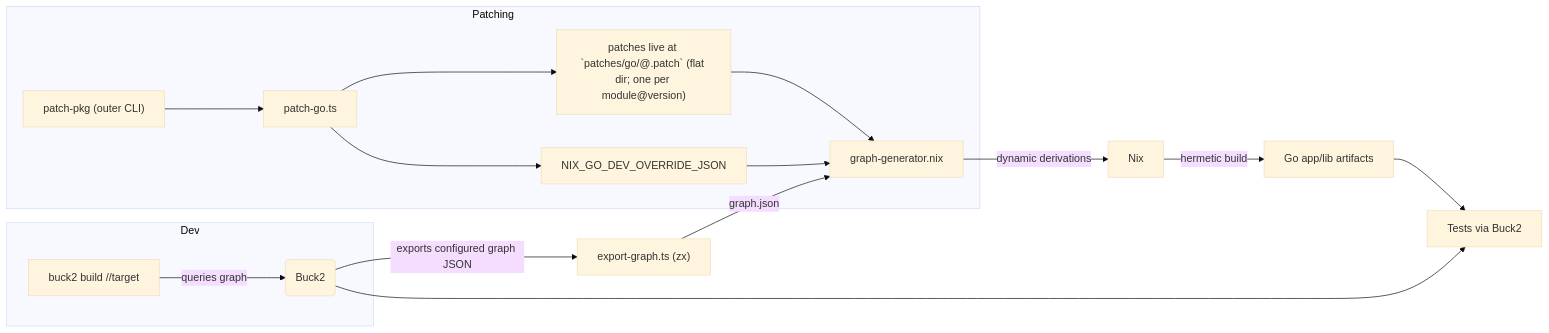
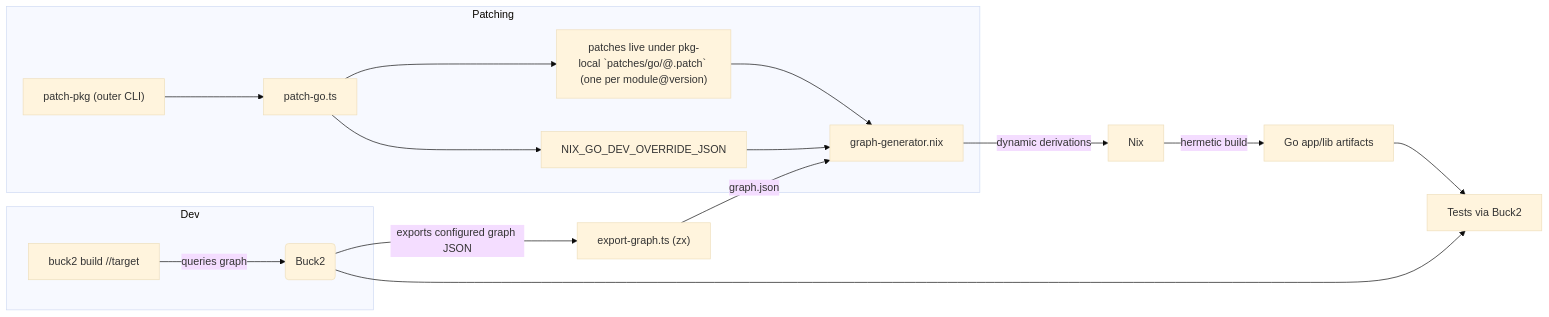
One commit to viberoots/viberoots changed the first of 2 diagrams in build-system-design.md. Above: the diagram before and after it, drawn with Mermaid (base theme). The commit also changed other lines of this file and 9 other files, not shown here.

````diff
--- a/build-system-design.md
+++ b/build-system-design.md
@@ -87,22 +88,22 @@
 ```mermaid
 graph LR
   subgraph Dev
     A["buck2 build //target"] -->|queries graph| B(Buck2)
   end
 
   B -->|exports configured graph JSON| C["export-graph.ts (zx)"]
   C -->|graph.json| D["graph-generator.nix"]
   D -->|dynamic derivations| E[Nix]
   E -->|hermetic build| F["Go app/lib artifacts"]
 
   subgraph Patching
     G["patch-pkg (outer CLI)"] --> H["patch-go.ts"]
-    H --> I["patches live at `patches/go/<importPath encoded>@<version>.patch` (flat dir; one per module@version)"]
+    H --> I["patches live under pkg-local `patches/go/<importPath encoded>@<version>.patch` (one per module@version)"]
     H --> J["NIX_GO_DEV_OVERRIDE_JSON"]
     I --> D
     J --> D
   end
 
   F --> K["Tests via Buck2"]
   B --> K
 ```
````
